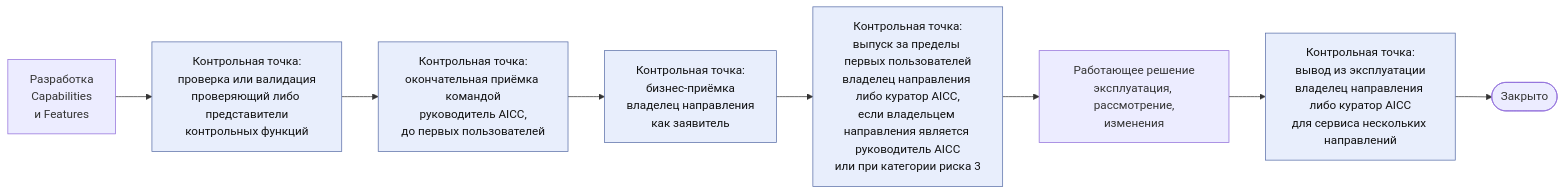
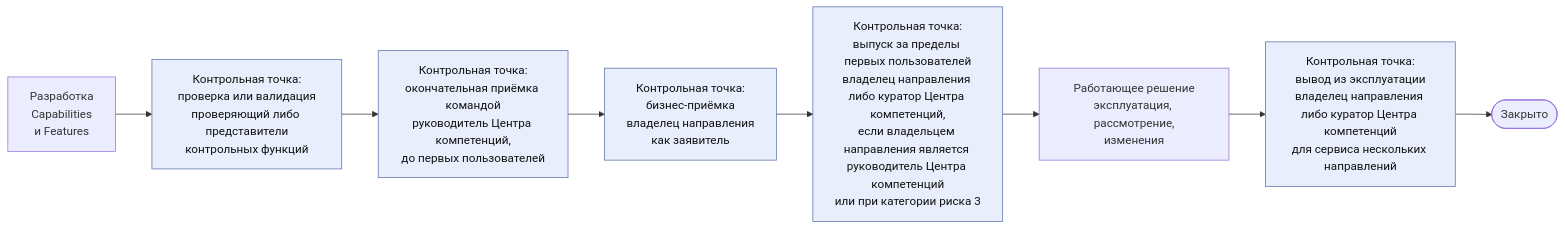
One commit to devhogu/ob-aicc changed the third of 5 diagrams in charter/ru/guides/service-delivery-guide.md. Above: the diagram before and after it, drawn with Mermaid. The commit also changed other lines of this file and 1149 other files, not shown here.

````diff
--- a/charter/ru/guides/service-delivery-guide.md
+++ b/charter/ru/guides/service-delivery-guide.md
@@ -63,12 +63,12 @@
 ```mermaid
 flowchart LR
   DV["Разработка<br/>Capabilities<br/>и Features"] --> G4["Контрольная точка:<br/>проверка или валидация<br/>проверяющий либо представители<br/>контрольных функций"]
-  G4 --> G4B["Контрольная точка:<br/>окончательная приёмка командой<br/>руководитель AICC,<br/>до первых пользователей"]
+  G4 --> G4B["Контрольная точка:<br/>окончательная приёмка командой<br/>руководитель Центра компетенций,<br/>до первых пользователей"]
   G4B --> G5["Контрольная точка:<br/>бизнес-приёмка<br/>владелец направления<br/>как заявитель"]
-  G5 --> G6["Контрольная точка:<br/>выпуск за пределы первых пользователей<br/>владелец направления либо куратор AICC,<br/>если владельцем направления является руководитель AICC<br/>или при категории риска 3"]
+  G5 --> G6["Контрольная точка:<br/>выпуск за пределы первых пользователей<br/>владелец направления либо куратор Центра компетенций,<br/>если владельцем направления является руководитель Центра компетенций<br/>или при категории риска 3"]
   G6 --> LV["Работающее решение<br/>эксплуатация, рассмотрение,<br/>изменения"]
-  LV --> G7["Контрольная точка:<br/>вывод из эксплуатации<br/>владелец направления либо куратор AICC<br/>для сервиса нескольких направлений"]
+  LV --> G7["Контрольная точка:<br/>вывод из эксплуатации<br/>владелец направления либо куратор Центра компетенций<br/>для сервиса нескольких направлений"]
   G7 --> CL(["Закрыто"])
   classDef gate fill:#e8eefc,stroke:#5a6fa8,color:#111
   class G4,G4B,G5,G6,G7 gate
 ```
````
